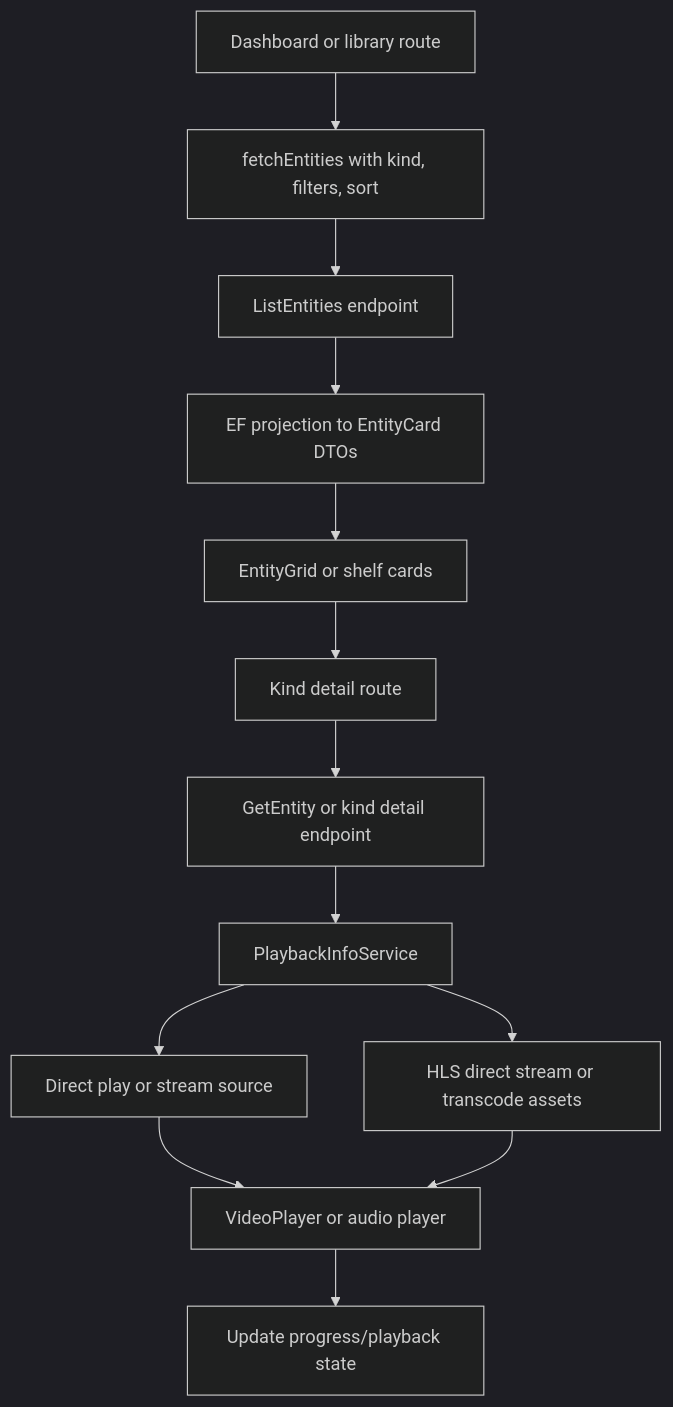
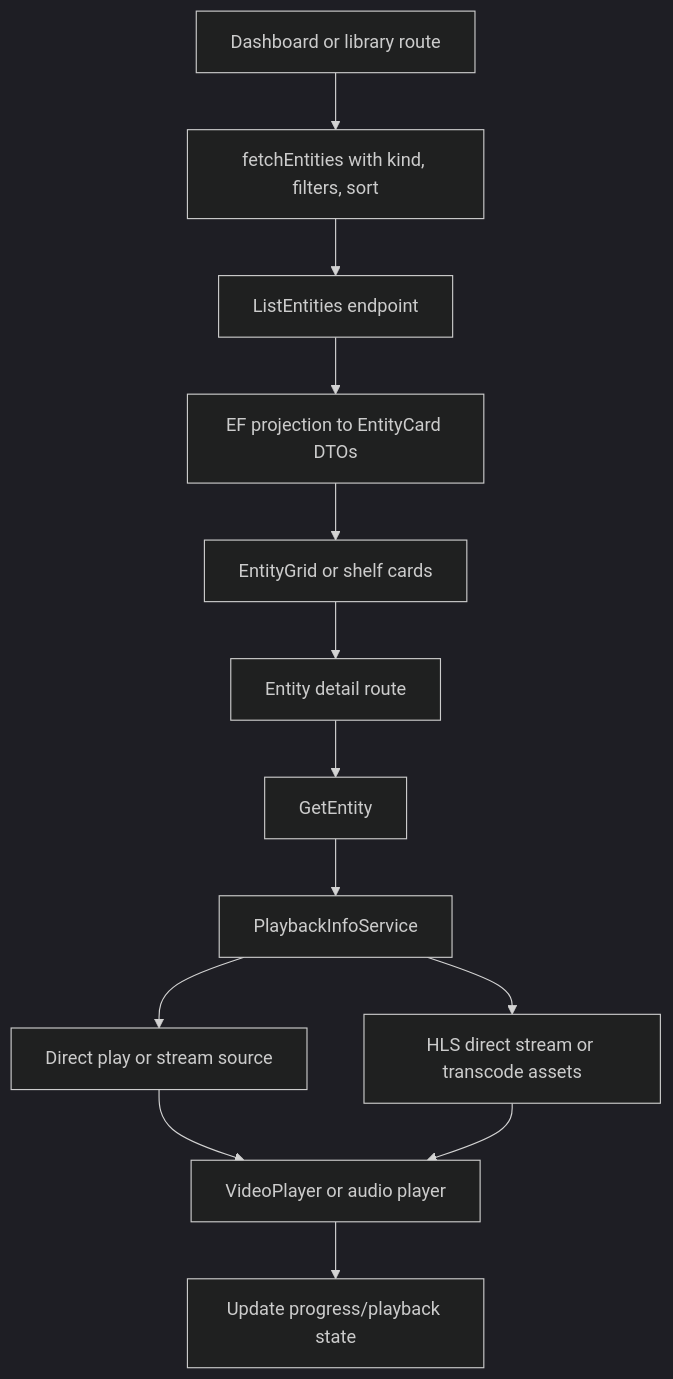
The ninth of 12 diagrams in documentation-site/docs/developers/codebase-flow.md (pauljoda/Prismedia), drawn with Mermaid (dark theme) before and after one commit. The commit also changed other lines of this file and 177 other files, not shown here.

Commit message:
refactor(entity): unify shared detail documents

````diff
--- a/documentation-site/docs/developers/codebase-flow.md
+++ b/documentation-site/docs/developers/codebase-flow.md
@@ -279,15 +279,15 @@
 ```mermaid
 flowchart TD
   Dashboard["Dashboard or library route"] --> Fetch["fetchEntities with kind, filters, sort"]
   Fetch --> EntityList["ListEntities endpoint"]
   EntityList --> Projection["EF projection to EntityCard DTOs"]
   Projection --> Grid["EntityGrid or shelf cards"]
-  Grid --> Detail["Kind detail route"]
-  Detail --> DetailEndpoint["GetEntity or kind detail endpoint"]
+  Grid --> Detail["Entity detail route"]
+  Detail --> DetailEndpoint["GetEntity"]
   DetailEndpoint --> PlayerDecision["PlaybackInfoService"]
   PlayerDecision --> Direct["Direct play or stream source"]
   PlayerDecision --> HLS["HLS direct stream or transcode assets"]
   Direct --> Player["VideoPlayer or audio player"]
   HLS --> Player
   Player --> Progress["Update progress/playback state"]
 ```
````
